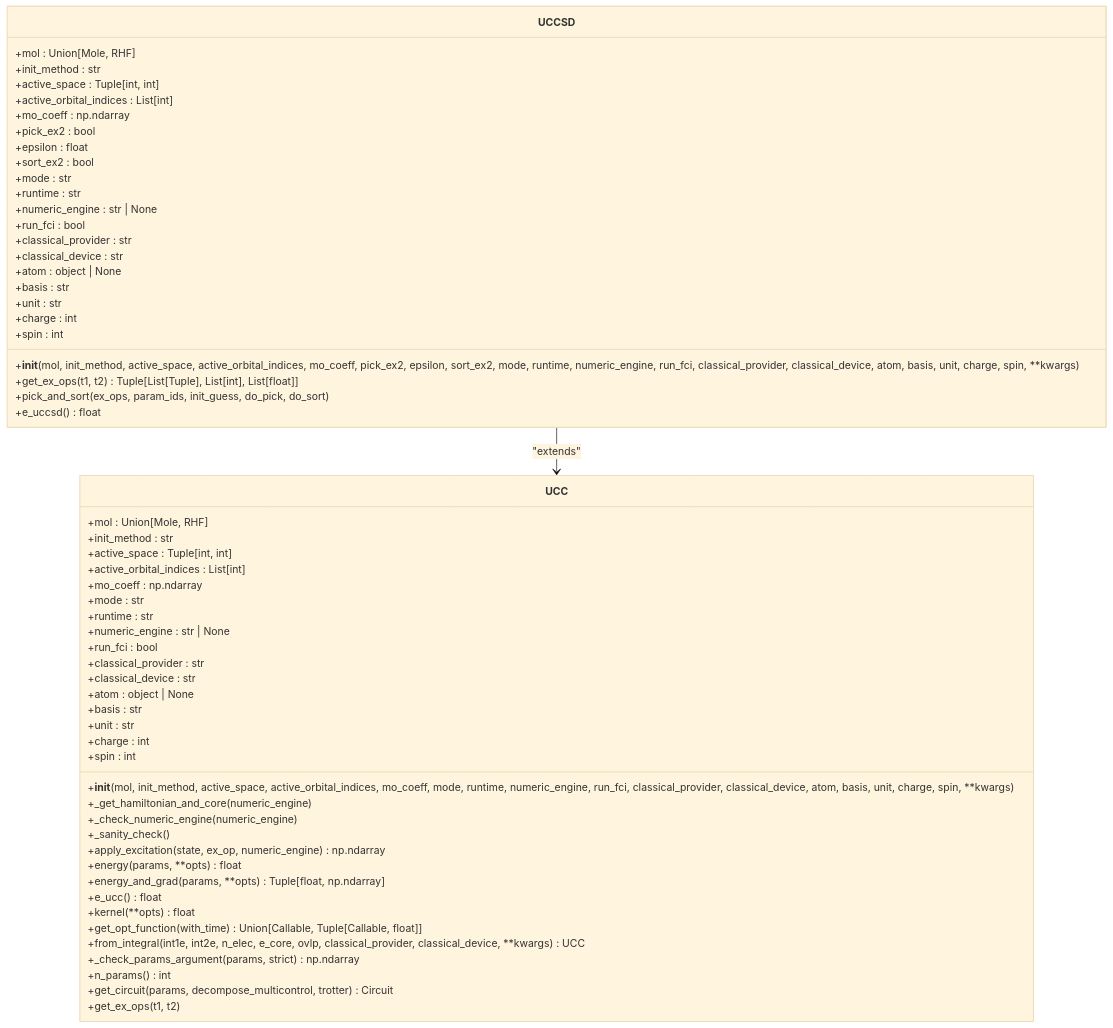
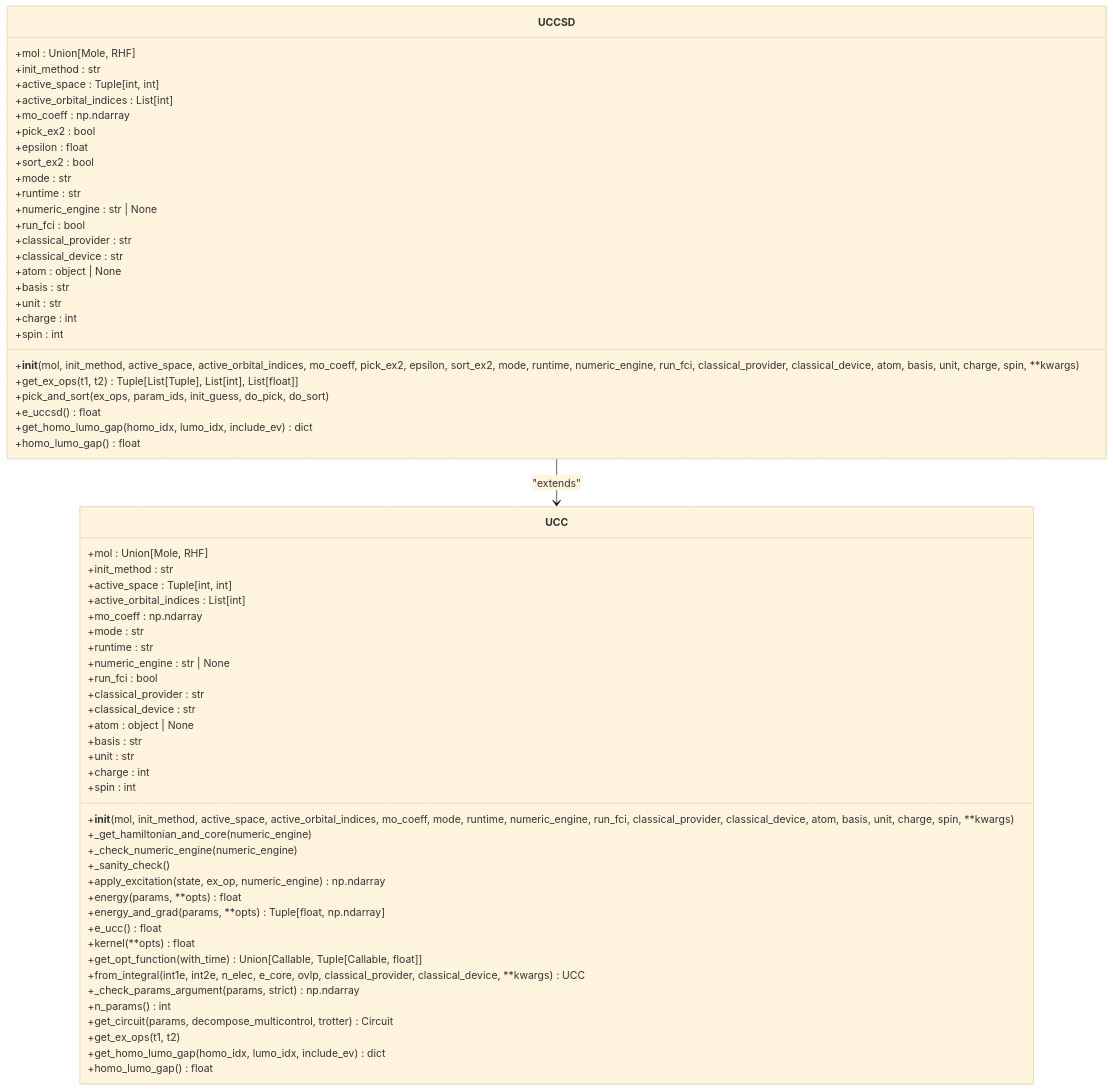
Before and after one commit to QureGenAI-Biotech/TyxonQ: the third of 9 diagrams in .qoder/repowiki/en/content/Examples and Tutorials/Quantum Chemistry Examples/UCCSD and HEA Algorithm Examples.md, drawn with Mermaid (base theme). The commit also changed other lines of this file and 76 other files, not shown here.

````diff
--- a/.qoder/repowiki/en/content/Examples and Tutorials/Quantum Chemistry Examples/UCCSD and HEA Algorithm Examples.md
+++ b/.qoder/repowiki/en/content/Examples and Tutorials/Quantum Chemistry Examples/UCCSD and HEA Algorithm Examples.md
@@ -118,62 +125,66 @@
 ```mermaid
 classDiagram
 class UCCSD {
 +mol : Union[Mole, RHF]
 +init_method : str
 +active_space : Tuple[int, int]
 +active_orbital_indices : List[int]
 +mo_coeff : np.ndarray
 +pick_ex2 : bool
 +epsilon : float
 +sort_ex2 : bool
 +mode : str
 +runtime : str
 +numeric_engine : str | None
 +run_fci : bool
 +classical_provider : str
 +classical_device : str
 +atom : object | None
 +basis : str
 +unit : str
 +charge : int
 +spin : int
 +__init__(mol, init_method, active_space, active_orbital_indices, mo_coeff, pick_ex2, epsilon, sort_ex2, mode, runtime, numeric_engine, run_fci, classical_provider, classical_device, atom, basis, unit, charge, spin, **kwargs)
 +get_ex_ops(t1, t2) Tuple[List[Tuple], List[int], List[float]]
 +pick_and_sort(ex_ops, param_ids, init_guess, do_pick, do_sort)
 +e_uccsd() float
++get_homo_lumo_gap(homo_idx, lumo_idx, include_ev) dict
++homo_lumo_gap() float
 }
 class UCC {
 +mol : Union[Mole, RHF]
 +init_method : str
 +active_space : Tuple[int, int]
 +active_orbital_indices : List[int]
 +mo_coeff : np.ndarray
 +mode : str
 +runtime : str
 +numeric_engine : str | None
 +run_fci : bool
 +classical_provider : str
 +classical_device : str
 +atom : object | None
 +basis : str
 +unit : str
 +charge : int
 +spin : int
 +__init__(mol, init_method, active_space, active_orbital_indices, mo_coeff, mode, runtime, numeric_engine, run_fci, classical_provider, classical_device, atom, basis, unit, charge, spin, **kwargs)
 +_get_hamiltonian_and_core(numeric_engine)
 +_check_numeric_engine(numeric_engine)
 +_sanity_check()
 +apply_excitation(state, ex_op, numeric_engine) np.ndarray
 +energy(params, **opts) float
 +energy_and_grad(params, **opts) Tuple[float, np.ndarray]
 +e_ucc() float
 +kernel(**opts) float
 +get_opt_function(with_time) Union[Callable, Tuple[Callable, float]]
 +from_integral(int1e, int2e, n_elec, e_core, ovlp, classical_provider, classical_device, **kwargs) UCC
 +_check_params_argument(params, strict) np.ndarray
 +n_params() int
 +get_circuit(params, decompose_multicontrol, trotter) Circuit
 +get_ex_ops(t1, t2)
++get_homo_lumo_gap(homo_idx, lumo_idx, include_ev) dict
++homo_lumo_gap() float
 }
 UCCSD --> UCC : "extends"
 ```
````
